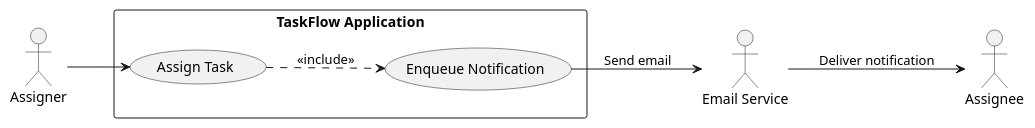
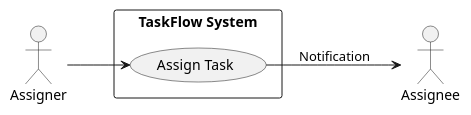
One commit to Chaman532003/framework changed the fourth of 10 diagrams in artifacts/spec/spec.md. Above: the diagram before and after it, drawn with PlantUML. The commit also changed other lines of this file, not shown here.

````diff
--- a/artifacts/spec/spec.md
+++ b/artifacts/spec/spec.md
@@ -452,21 +362,12 @@
 ```plantuml
 @startuml
 left to right direction
-skinparam packageStyle rectangle
-
-actor "Assigner" as A
-actor "Assignee" as B
-actor "Email Service" as Email
-
-rectangle "TaskFlow Application" {
-  usecase (Assign Task) as UC4a
-  usecase (Enqueue Notification) as UC4b
+actor "Assigner"
+actor "Assignee"
+rectangle "TaskFlow System" {
+  usecase (Assign Task) as UC4
 }
-
-A --> UC4a
-UC4a ..> UC4b : <<include>>
-UC4b --> Email : Send email
-Email --> B : Deliver notification
-
+Assigner --> UC4
+UC4 --> Assignee : Notification
 @enduml
 ```
````
